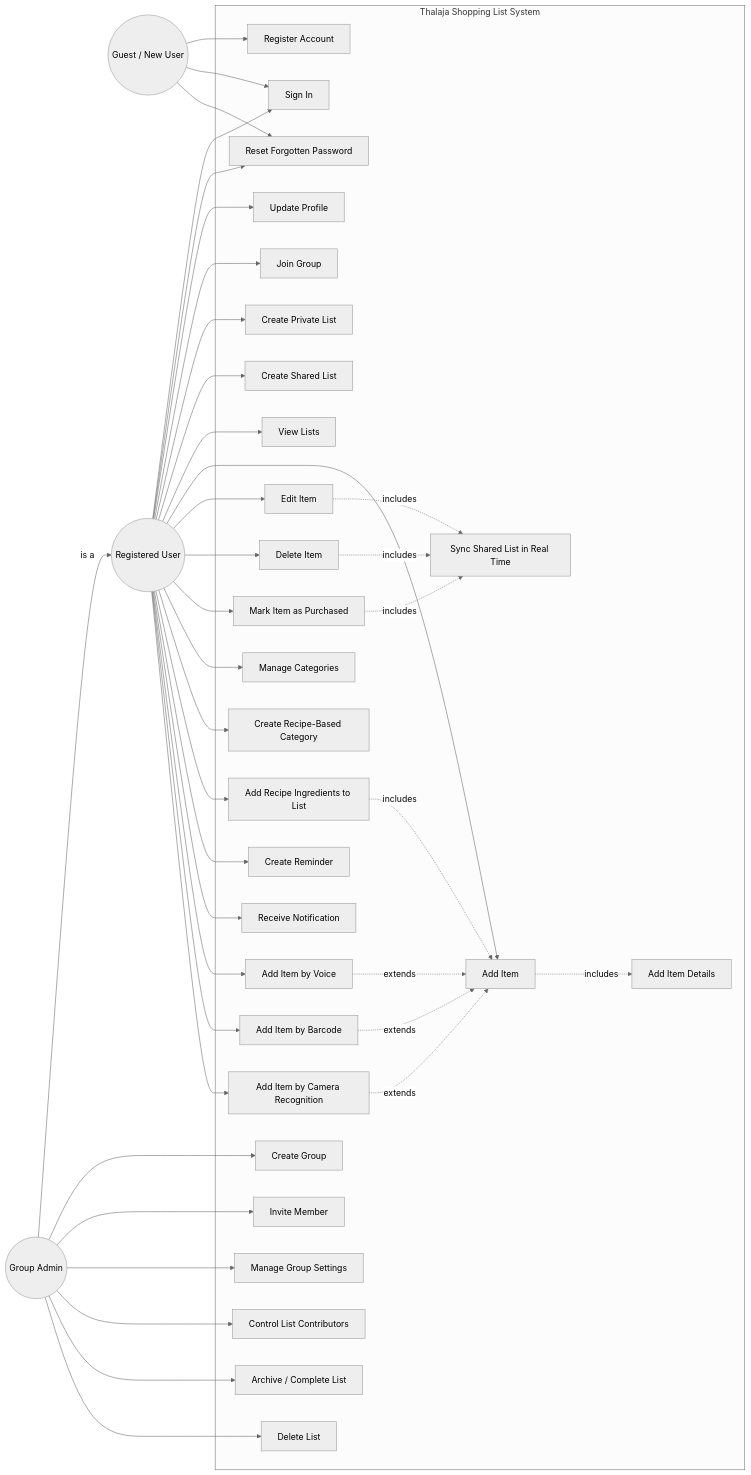
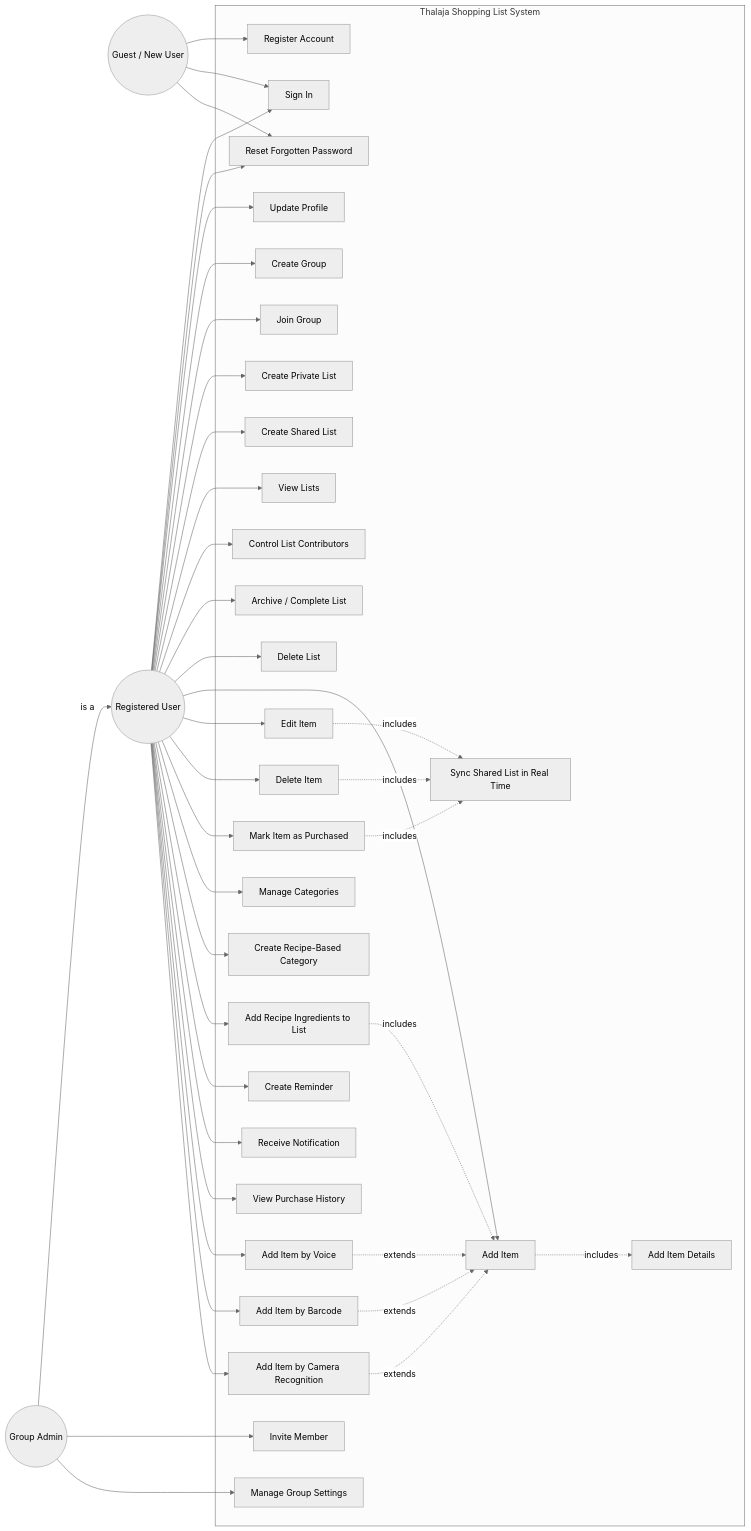
One commit to MIS-hero/Thalaja-team changed the diagram in ucd.md. Above: the diagram before and after it, drawn with Mermaid (neutral theme).

Commit message:
Update user flowchart in ucd.md
- Move CreateGroup from Admin to User (creator becomes admin,
  not the reverse)
- Move ControlContributors, ArchiveList, DeleteList from Admin to
  User (list ownership, not group administration)
- Restrict Admin to InviteMember and ManageGroup only
- Add ViewHistory use case to match HISTORY entity

````diff
--- a/ucd.md
+++ b/ucd.md
@@ -1,60 +1,54 @@
 ```mermaid
 flowchart LR
-
     Guest((Guest / New User))
     User((Registered User))
     Admin((Group Admin))
-
     Admin -->|is a| User
-
     subgraph System["Thalaja Shopping List System"]
         Register["Register Account"]
         Login["Sign In"]
         ResetPassword["Reset Forgotten Password"]
         UpdateProfile["Update Profile"]
-
         CreateGroup["Create Group"]
         JoinGroup["Join Group"]
         InviteMember["Invite Member"]
         ManageGroup["Manage Group Settings"]
-
         CreatePrivateList["Create Private List"]
         CreateSharedList["Create Shared List"]
         ViewLists["View Lists"]
         ControlContributors["Control List Contributors"]
         ArchiveList["Archive / Complete List"]
         DeleteList["Delete List"]
-
         AddItem["Add Item"]
         AddItemDetails["Add Item Details"]
         EditItem["Edit Item"]
         RemoveItem["Delete Item"]
         MarkPurchased["Mark Item as Purchased"]
         SyncList["Sync Shared List in Real Time"]
-
         ManageCategories["Manage Categories"]
         CreateRecipeCategory["Create Recipe-Based Category"]
         AddRecipeIngredients["Add Recipe Ingredients to List"]
-
         CreateReminder["Create Reminder"]
         ReceiveReminder["Receive Notification"]
-
+        ViewHistory["View Purchase History"]
         AddByVoice["Add Item by Voice"]
         AddByBarcode["Add Item by Barcode"]
         AddByCamera["Add Item by Camera Recognition"]
     end
-
     Guest --> Register
     Guest --> Login
     Guest --> ResetPassword
-
     User --> Login
     User --> ResetPassword
     User --> UpdateProfile
+    User --> CreateGroup
     User --> JoinGroup
     User --> CreatePrivateList
     User --> CreateSharedList
     User --> ViewLists
+    User --> ControlContributors
+    User --> ArchiveList
+    User --> DeleteList
     User --> AddItem
     User --> EditItem
     User --> RemoveItem
@@ -64,23 +58,17 @@
     User --> AddRecipeIngredients
     User --> CreateReminder
     User --> ReceiveReminder
+    User --> ViewHistory
     User --> AddByVoice
     User --> AddByBarcode
     User --> AddByCamera
-
-    Admin --> CreateGroup
     Admin --> InviteMember
     Admin --> ManageGroup
-    Admin --> ControlContributors
-    Admin --> ArchiveList
-    Admin --> DeleteList
-
     AddItem -.->|includes| AddItemDetails
     EditItem -.->|includes| SyncList
     RemoveItem -.->|includes| SyncList
     MarkPurchased -.->|includes| SyncList
     AddRecipeIngredients -.->|includes| AddItem
-
     AddByVoice -.->|extends| AddItem
     AddByBarcode -.->|extends| AddItem
     AddByCamera -.->|extends| AddItem
````
